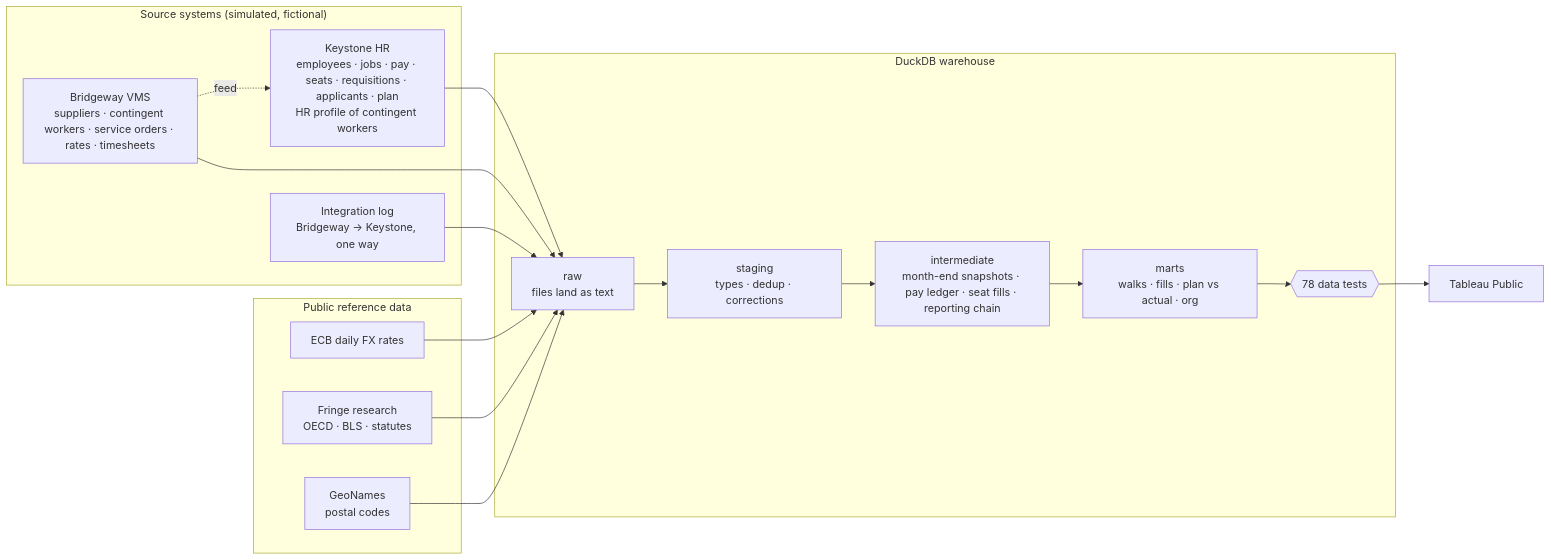
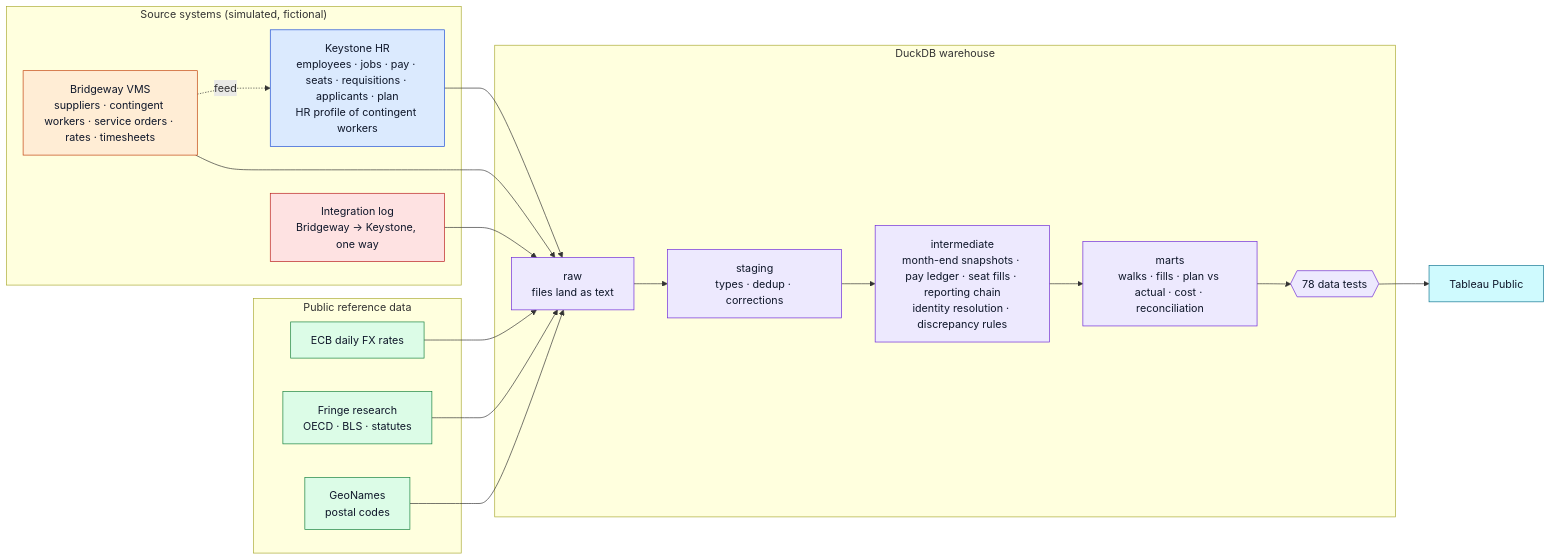
The third of 6 diagrams in README.md (thialp/people-analytics-warehouse), drawn with Mermaid before and after one commit. The commit also changed other lines of this file and 9 other files, not shown here.

````diff
--- a/README.md
+++ b/README.md
@@ -38,29 +148,42 @@
 ```mermaid
 flowchart LR
     subgraph Sources["Source systems (simulated, fictional)"]
         HR["Keystone HR<br/>employees · jobs · pay · seats · requisitions · applicants · plan<br/>HR profile of contingent workers"]
         VMS["Bridgeway VMS<br/>suppliers · contingent workers · service orders · rates · timesheets"]
         FEED["Integration log<br/>Bridgeway → Keystone, one way"]
     end
     subgraph Public["Public reference data"]
         ECB["ECB daily FX rates"]
         FRG["Fringe research<br/>OECD · BLS · statutes"]
         GEO["GeoNames<br/>postal codes"]
     end
     subgraph WH["DuckDB warehouse"]
         RAW["raw<br/>files land as text"]
         STG["staging<br/>types · dedup · corrections"]
-        INT["intermediate<br/>month-end snapshots · pay ledger · seat fills · reporting chain"]
-        MART["marts<br/>walks · fills · plan vs actual · org"]
+        INT["intermediate<br/>month-end snapshots · pay ledger · seat fills · reporting chain<br/>identity resolution · discrepancy rules"]
+        MART["marts<br/>walks · fills · plan vs actual · cost · reconciliation"]
         TEST{{"78 data tests"}}
     end
     TAB["Tableau Public"]
     VMS -. feed .-> HR
     HR --> RAW
     VMS --> RAW
     FEED --> RAW
     ECB --> RAW
     FRG --> RAW
     GEO --> RAW
     RAW --> STG --> INT --> MART --> TEST --> TAB
+
+    classDef hr fill:#dbeafe,stroke:#1d4ed8,color:#0f172a
+    classDef vms fill:#ffedd5,stroke:#c2410c,color:#0f172a
+    classDef feed fill:#fee2e2,stroke:#b91c1c,color:#0f172a
+    classDef pub fill:#dcfce7,stroke:#15803d,color:#0f172a
+    classDef wh fill:#ede9fe,stroke:#6d28d9,color:#0f172a
+    classDef dash fill:#cffafe,stroke:#0e7490,color:#0f172a
+    class HR hr
+    class VMS vms
+    class FEED feed
+    class ECB,FRG,GEO pub
+    class RAW,STG,INT,MART,TEST wh
+    class TAB dash
 ```
````
